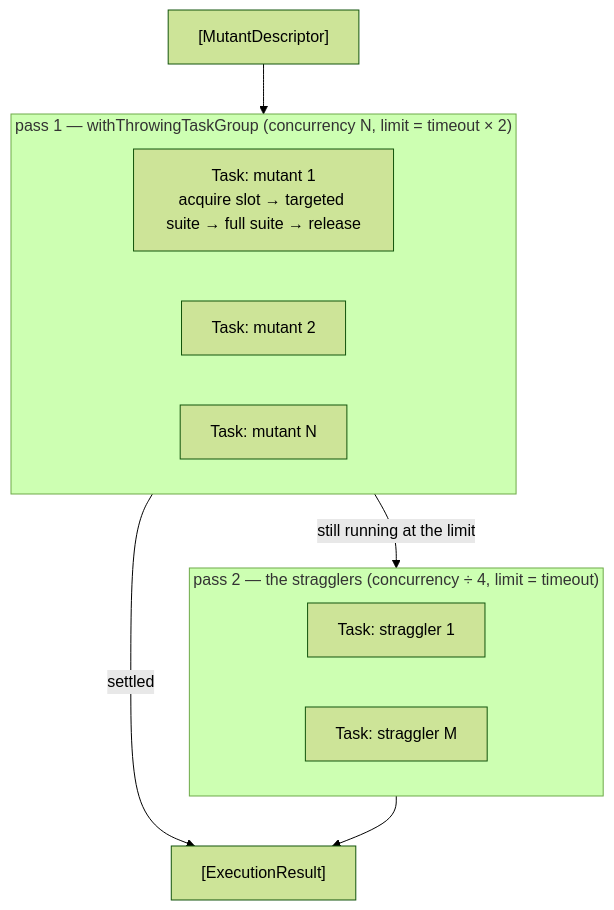
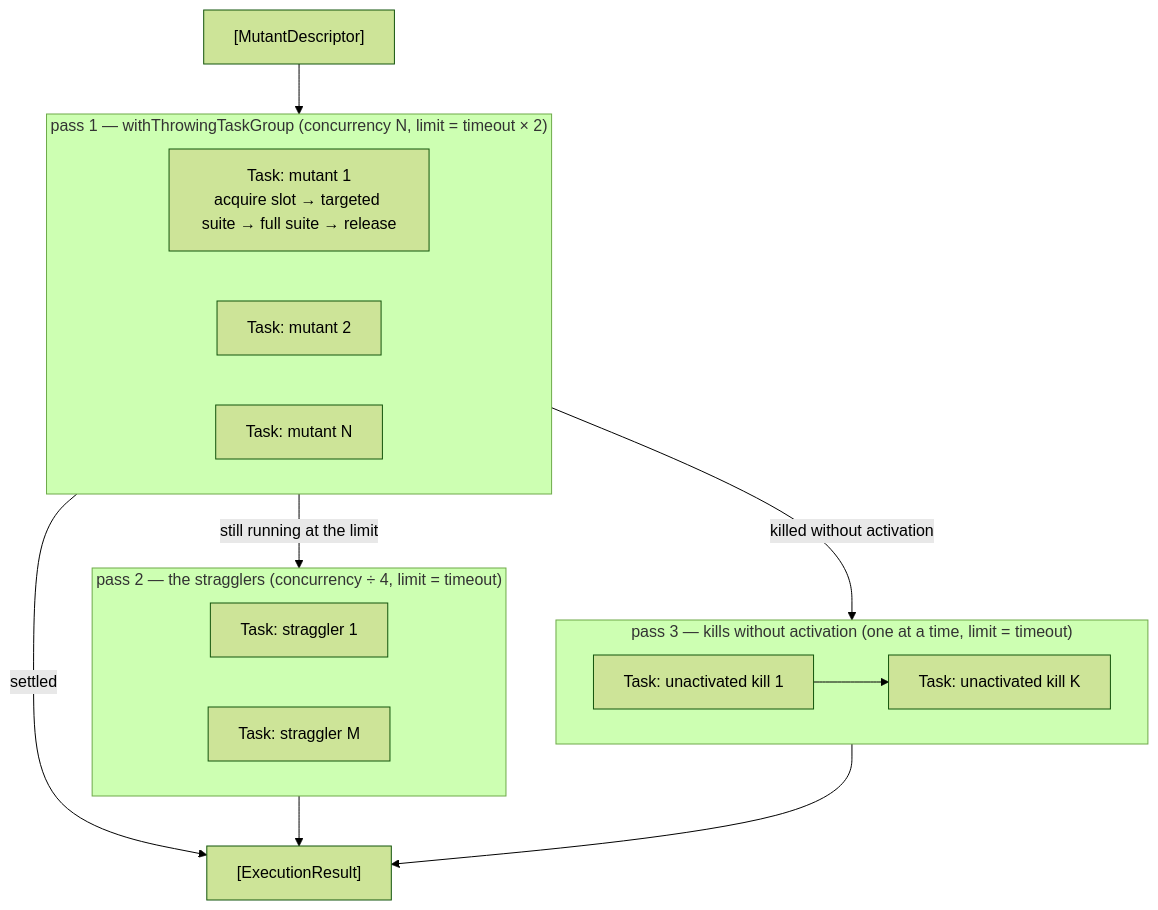
Before and after one commit to C24-Bank/swift-mutation-testing: the third of 6 diagrams in Docs/Architecture/03-execution.md, drawn with Mermaid (forest theme). The commit also changed other lines of this file and 9 other files, not shown here.

Commit message:
docs: describe the integrity warning gate policy and the rerun of kills without activation

````diff
--- a/Docs/Architecture/03-execution.md
+++ b/Docs/Architecture/03-execution.md
@@ -128,13 +128,18 @@
 ```mermaid
 flowchart TD
     MUTANTS["[MutantDescriptor]"] --> TG
     subgraph TG["pass 1 — withThrowingTaskGroup (concurrency N, limit = timeout × 2)"]
         T1["Task: mutant 1\nacquire slot → targeted suite → full suite → release"] & T2["Task: mutant 2"] & T3["Task: mutant N"]
     end
     TG -- settled --> RESULTS["[ExecutionResult]"]
     TG -- still running at the limit --> SG
     subgraph SG["pass 2 — the stragglers (concurrency ÷ 4, limit = timeout)"]
         S1["Task: straggler 1"] & S2["Task: straggler M"]
     end
     SG --> RESULTS
+    TG -- killed without activation --> RG
+    subgraph RG["pass 3 — kills without activation (one at a time, limit = timeout)"]
+        R1["Task: unactivated kill 1"] --> R2["Task: unactivated kill K"]
+    end
+    RG --> RESULTS
 ```
````
